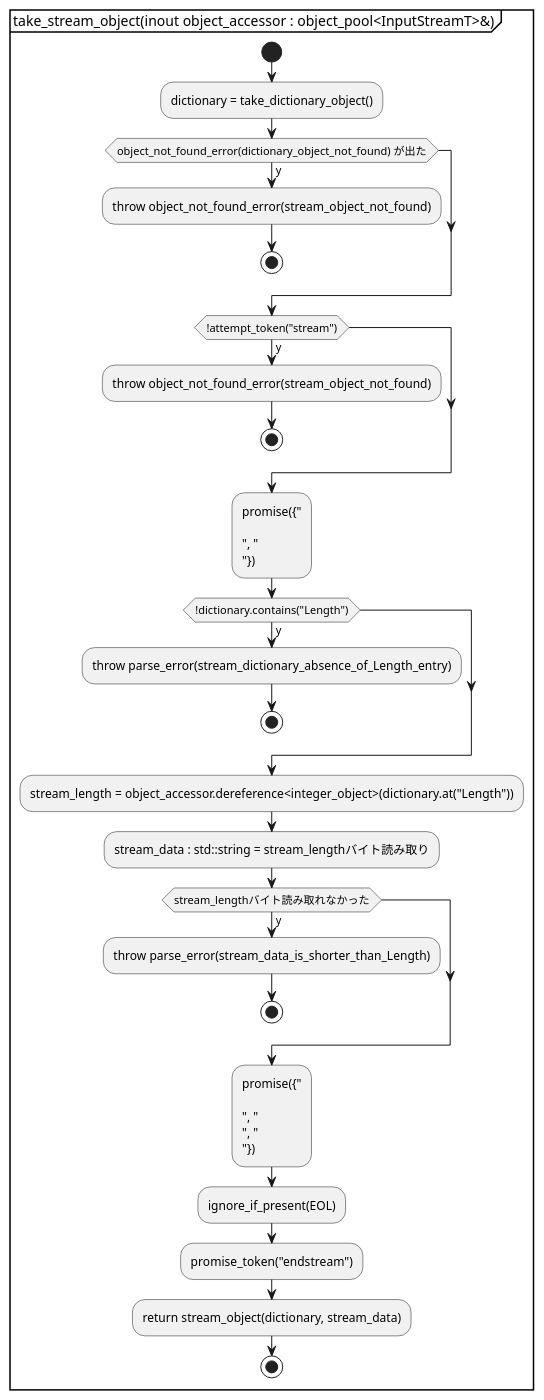
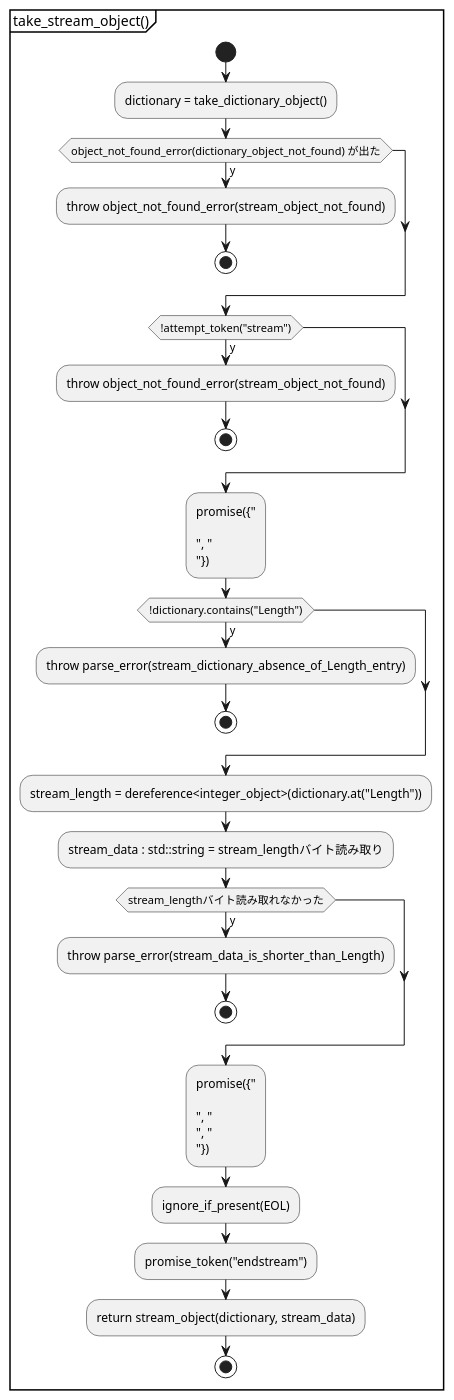
Before and after one commit to KodaiYM/PDFReader: diagram 15 of 20 in document/document_reader/ipdfstream/ipdfstream.activity.pu, drawn with PlantUML. The commit also changed other lines of this file and 3 other files, not shown here.

Commit message:
object_pool 関連の最小限の修正

```diff
--- a/document/document_reader/ipdfstream/ipdfstream.activity.pu
+++ b/document/document_reader/ipdfstream/ipdfstream.activity.pu
@@ -432,40 +432,40 @@
 @startuml take_stream_object
-partition "take_stream_object(inout object_accessor : object_pool<InputStreamT>&)" {
+partition "take_stream_object()" {
 start
 	:dictionary = take_dictionary_object();
 	if (object_not_found_error(dictionary_object_not_found) が出た) then (y)
 		:throw object_not_found_error(stream_object_not_found);
 		stop
 	endif
 
 	if (!attempt_token("stream")) then (y)
 		:throw object_not_found_error(stream_object_not_found);
 		stop
 	endif
 
 	:promise({"\r\n", "\n"});
 
 	if (!dictionary.contains("Length")) then (y)
 		:throw parse_error(stream_dictionary_absence_of_Length_entry);
 		stop
 	endif
 
-	:stream_length = object_accessor.dereference<integer_object>(dictionary.at("Length"));
+	:stream_length = dereference<integer_object>(dictionary.at("Length"));
 
 	:stream_data : std::string = stream_lengthバイト読み取り;
 	' HACK: stream_length バイト読み取り中に、Filterに対する明示的なEODマーカーが出現した場合にエラーにする
 	if (stream_lengthバイト読み取れなかった) then (y)
 		:throw parse_error(stream_data_is_shorter_than_Length);
 		stop
 	endif
 
 	:promise({"\r\n", "\n", "\r"});
 
 	:ignore_if_present(EOL);
 
 	:promise_token("endstream");
 	
 	:return stream_object(dictionary, stream_data);
 stop
 }
 @enduml
```
